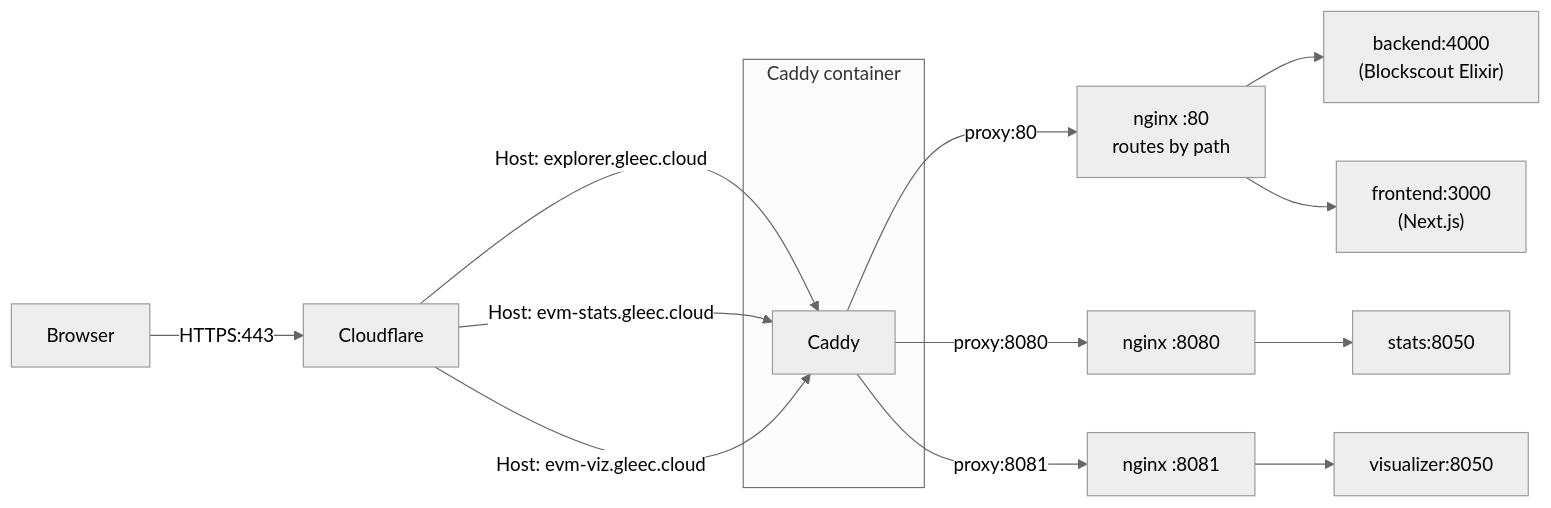
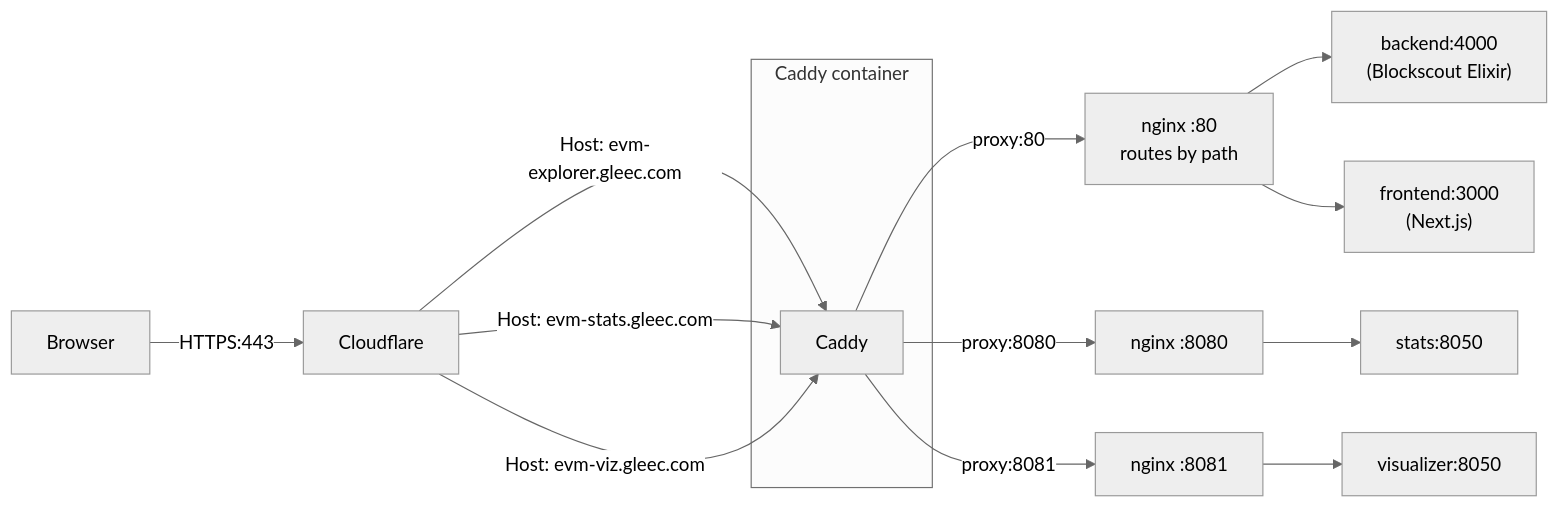
One commit to GLEECBTC/blockscout changed the diagram in NOTES.md. Above: the diagram before and after it, drawn with Mermaid (neutral theme). The commit also changed other lines of this file and 4 other files, not shown here.

Commit message:
chore: Update Caddy configuration and environment variables for GLEEC domain migration to evm-explorer.gleec.com

````diff
--- a/NOTES.md
+++ b/NOTES.md
@@ -35,21 +35,21 @@
 ```mermaid
 flowchart LR
     Browser -->|HTTPS:443| CF[Cloudflare]
-    CF -->|"Host: explorer.gleec.cloud"| Caddy
-    CF -->|"Host: evm-stats.gleec.cloud"| Caddy
-    CF -->|"Host: evm-viz.gleec.cloud"| Caddy
+    CF -->|"Host: evm-explorer.gleec.com"| Caddy
+    CF -->|"Host: evm-stats.gleec.com"| Caddy
+    CF -->|"Host: evm-viz.gleec.com"| Caddy
 
     subgraph caddyHost [Caddy container]
         Caddy
     end
 
     Caddy -->|proxy:80| FB["nginx :80<br/>routes by path"]
     FB --> Backend["backend:4000<br/>(Blockscout Elixir)"]
     FB --> Frontend["frontend:3000<br/>(Next.js)"]
 
     Caddy -->|proxy:8080| ST["nginx :8080"]
     ST --> Stats["stats:8050"]
 
     Caddy -->|proxy:8081| VZ["nginx :8081"]
     VZ --> Visualizer["visualizer:8050"]
 ```
````
